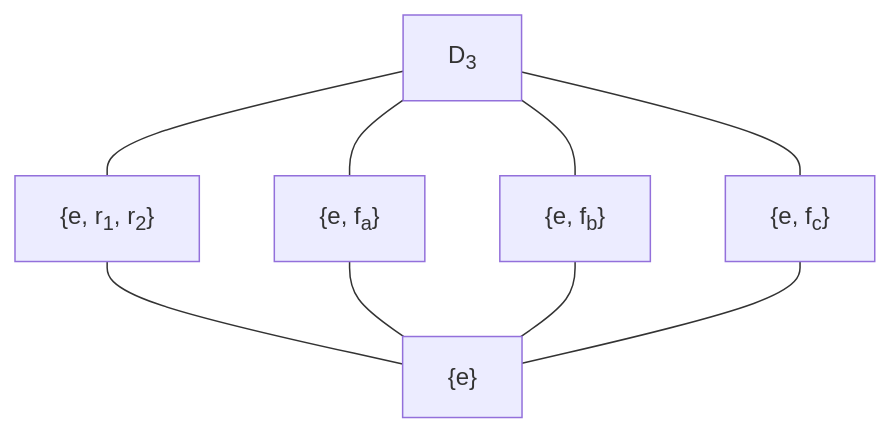
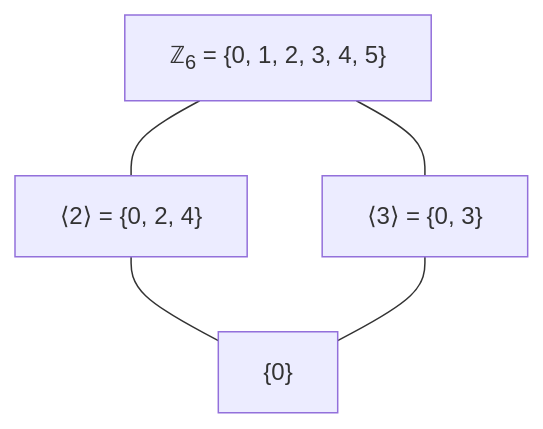
Before and after one commit to gwb-ci/math393: the third of 5 diagrams in classes/08/slides.qmd, drawn with Mermaid. The commit also changed other lines of this file and 31 other files, not shown here.

````diff
--- a/classes/08/slides.qmd
+++ b/classes/08/slides.qmd
@@ -176,19 +615,19 @@
 ```{mermaid}
 flowchart TB
-    D3["D<sub>3</sub>"]
-    R["{e, r<sub>1</sub>, r<sub>2</sub>}"]
-    Fa["{e, f<sub>a</sub>}"]
-    Fb["{e, f<sub>b</sub>}"]
-    Fc["{e, f<sub>c</sub>}"]
-    E["{e}"]
 
-    D3 --- R
-    D3 --- Fa
-    D3 --- Fb
-    D3 --- Fc
+    G["ℤ<sub>6</sub> = {0, 1, 2, 3, 4, 5}"]
 
-    R --- E
-    Fa --- E
-    Fb --- E
-    Fc --- E
+    H3["⟨2⟩ = {0, 2, 4}"]
+
+    H2["⟨3⟩ = {0, 3}"]
+
+    E["{0}"]
+
+    G --- H3
+
+    G --- H2
+
+    H3 --- E
+
+    H2 --- E
 ```
````
